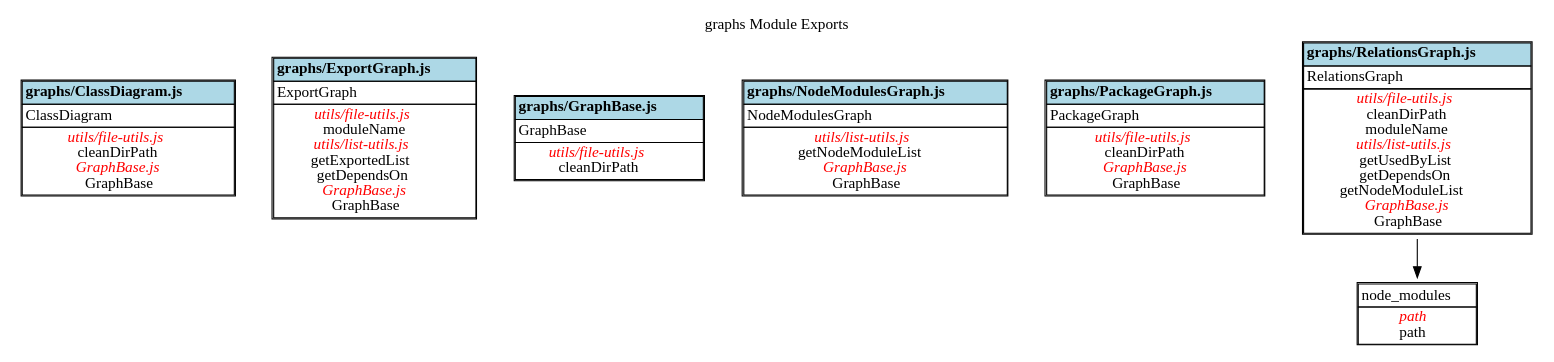
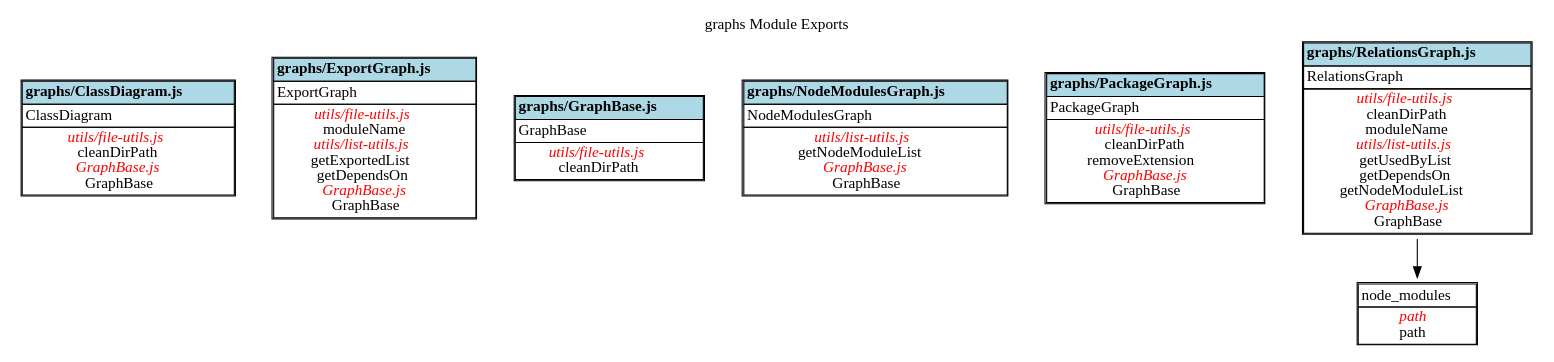
Before and after one commit to fleebe/dep-graph: the diagram in docs/graphs/ExportGraph.dot, drawn with Graphviz. The commit also changed 16 other files, not shown here.

```diff
--- a/docs/graphs/ExportGraph.dot
+++ b/docs/graphs/ExportGraph.dot
@@ -1,89 +1,90 @@
 digraph {label="graphs Module Exports";
 labelloc="t";
 "graphs/ClassDiagram.js" [shape = none, label =<<TABLE cellspacing="0" cellborder="1" align="left">
 <TR><TD bgcolor="lightblue" align="center"><B>graphs/ClassDiagram.js</B></TD></TR>
 <TR><TD align="left">
 ClassDiagram<BR/>
 </TD></TR>
 <TR><TD align="center">
 <font color="red"><I>utils/file-utils.js</I></font><BR/>
 cleanDirPath<BR/>
 <font color="red"><I>GraphBase.js</I></font><BR/>
 GraphBase<BR/>
 </TD></TR>
 </TABLE>>];
 "graphs/ExportGraph.js" [shape = none, label =<<TABLE cellspacing="0" cellborder="1" align="left">
 <TR><TD bgcolor="lightblue" align="center"><B>graphs/ExportGraph.js</B></TD></TR>
 <TR><TD align="left">
 ExportGraph<BR/>
 </TD></TR>
 <TR><TD align="center">
 <font color="red"><I>utils/file-utils.js</I></font><BR/>
 moduleName<BR/>
 <font color="red"><I>utils/list-utils.js</I></font><BR/>
 getExportedList<BR/>
 getDependsOn<BR/>
 <font color="red"><I>GraphBase.js</I></font><BR/>
 GraphBase<BR/>
 </TD></TR>
 </TABLE>>];
 "graphs/GraphBase.js" [shape = none, label =<<TABLE cellspacing="0" cellborder="1" align="left">
 <TR><TD bgcolor="lightblue" align="center"><B>graphs/GraphBase.js</B></TD></TR>
 <TR><TD align="left">
 GraphBase<BR/>
 </TD></TR>
 <TR><TD align="center">
 <font color="red"><I>utils/file-utils.js</I></font><BR/>
 cleanDirPath<BR/>
 </TD></TR>
 </TABLE>>];
 "graphs/NodeModulesGraph.js" [shape = none, label =<<TABLE cellspacing="0" cellborder="1" align="left">
 <TR><TD bgcolor="lightblue" align="center"><B>graphs/NodeModulesGraph.js</B></TD></TR>
 <TR><TD align="left">
 NodeModulesGraph<BR/>
 </TD></TR>
 <TR><TD align="center">
 <font color="red"><I>utils/list-utils.js</I></font><BR/>
 getNodeModuleList<BR/>
 <font color="red"><I>GraphBase.js</I></font><BR/>
 GraphBase<BR/>
 </TD></TR>
 </TABLE>>];
 "graphs/PackageGraph.js" [shape = none, label =<<TABLE cellspacing="0" cellborder="1" align="left">
 <TR><TD bgcolor="lightblue" align="center"><B>graphs/PackageGraph.js</B></TD></TR>
 <TR><TD align="left">
 PackageGraph<BR/>
 </TD></TR>
 <TR><TD align="center">
 <font color="red"><I>utils/file-utils.js</I></font><BR/>
 cleanDirPath<BR/>
+removeExtension<BR/>
 <font color="red"><I>GraphBase.js</I></font><BR/>
 GraphBase<BR/>
 </TD></TR>
 </TABLE>>];
 "graphs/RelationsGraph.js" [shape = none, label =<<TABLE cellspacing="0" cellborder="1" align="left">
 <TR><TD bgcolor="lightblue" align="center"><B>graphs/RelationsGraph.js</B></TD></TR>
 <TR><TD align="left">
 RelationsGraph<BR/>
 </TD></TR>
 <TR><TD align="center">
 <font color="red"><I>utils/file-utils.js</I></font><BR/>
 cleanDirPath<BR/>
 moduleName<BR/>
 <font color="red"><I>utils/list-utils.js</I></font><BR/>
 getUsedByList<BR/>
 getDependsOn<BR/>
 getNodeModuleList<BR/>
 <font color="red"><I>GraphBase.js</I></font><BR/>
 GraphBase<BR/>
 </TD></TR>
 </TABLE>>];
 "graphs/RelationsGraph.js-node_modules" [shape = none, label =<<TABLE cellspacing="0" cellborder="1" align="left">
 <TR><TD>node_modules</TD></TR>
 <TR><TD align="center">
 <font color="red"><I>path</I></font><BR/>
 path<BR/>
 </TD></TR>
 </TABLE>>];
 "graphs/RelationsGraph.js"->"graphs/RelationsGraph.js-node_modules"
 }
```
